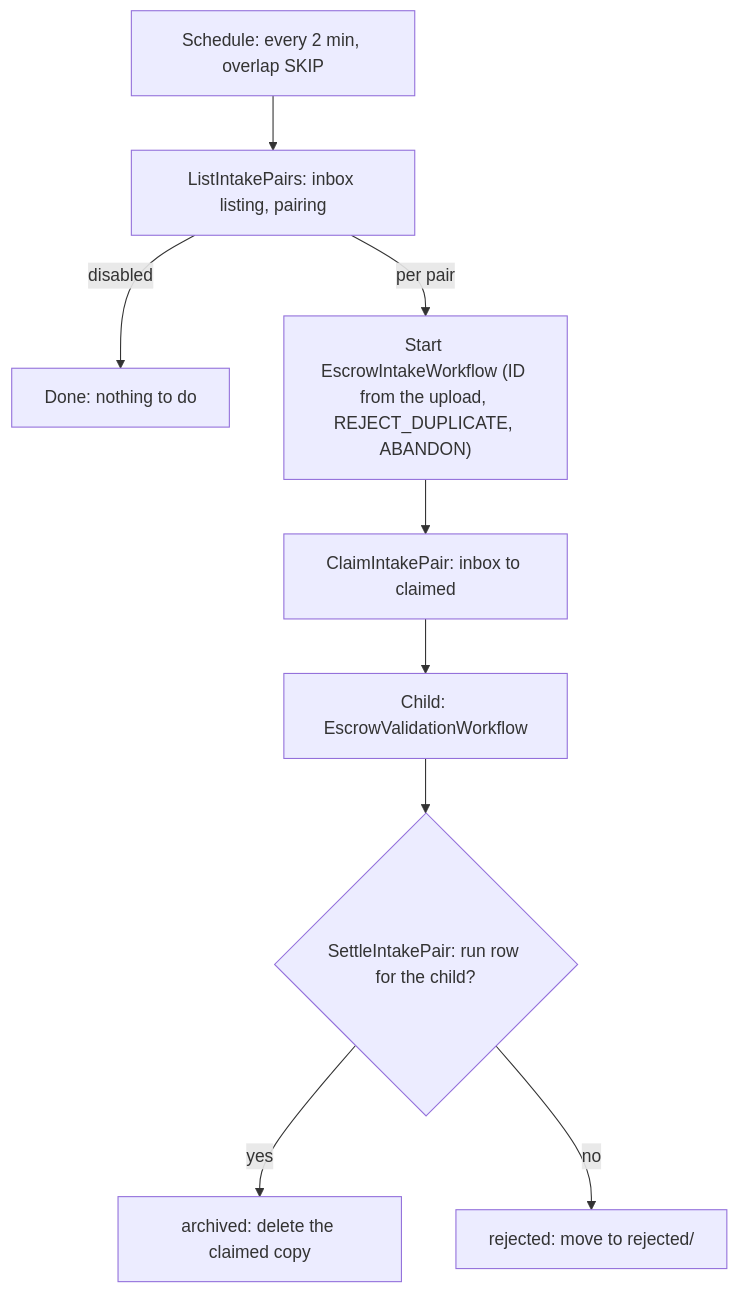
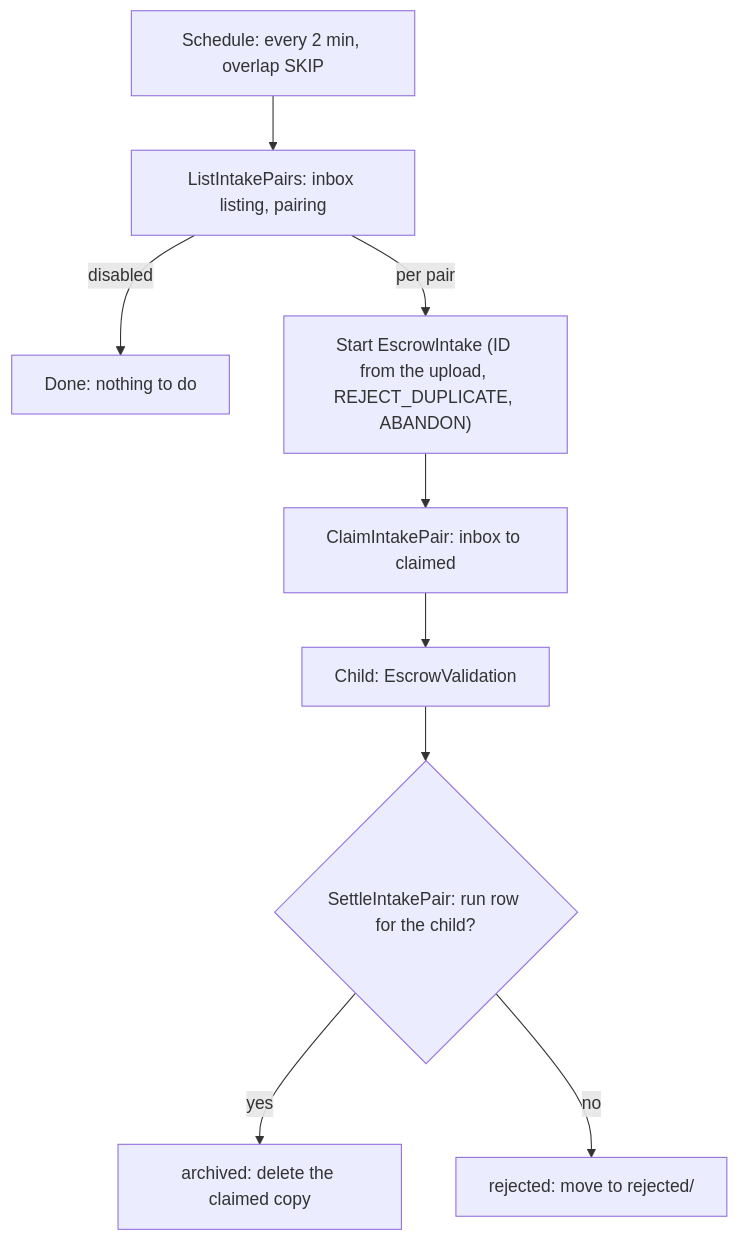
The diagram in internal/application/workflows/escrowIntakeSweep.doc.md (onasunnymorning/domain-os), drawn with Mermaid before and after one commit. The commit also changed other lines of this file and 38 other files, not shown here.

````diff
--- a/internal/application/workflows/escrowIntakeSweep.doc.md
+++ b/internal/application/workflows/escrowIntakeSweep.doc.md
@@ -30,11 +30,11 @@
 ```mermaid
 graph TD
     S["Schedule: every 2 min, overlap SKIP"] --> L["ListIntakePairs: inbox listing, pairing"]
     L -->|disabled| X["Done: nothing to do"]
-    L -->|per pair| C["Start EscrowIntakeWorkflow (ID from the upload, REJECT_DUPLICATE, ABANDON)"]
+    L -->|per pair| C["Start EscrowIntake (ID from the upload, REJECT_DUPLICATE, ABANDON)"]
     C --> CL["ClaimIntakePair: inbox to claimed"]
-    CL --> V["Child: EscrowValidationWorkflow"]
+    CL --> V["Child: EscrowValidation"]
     V --> ST{"SettleIntakePair: run row for the child?"}
     ST -->|yes| A["archived: delete the claimed copy"]
     ST -->|no| R["rejected: move to rejected/"]
 ```
````
